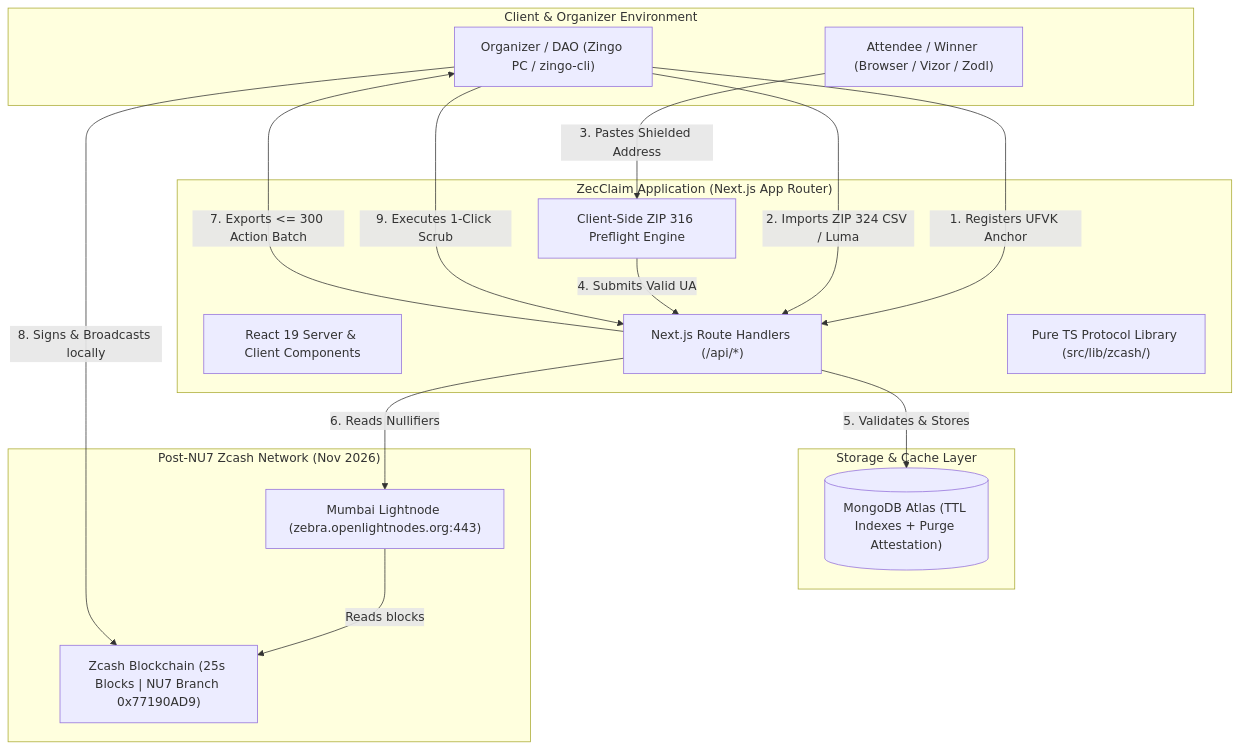
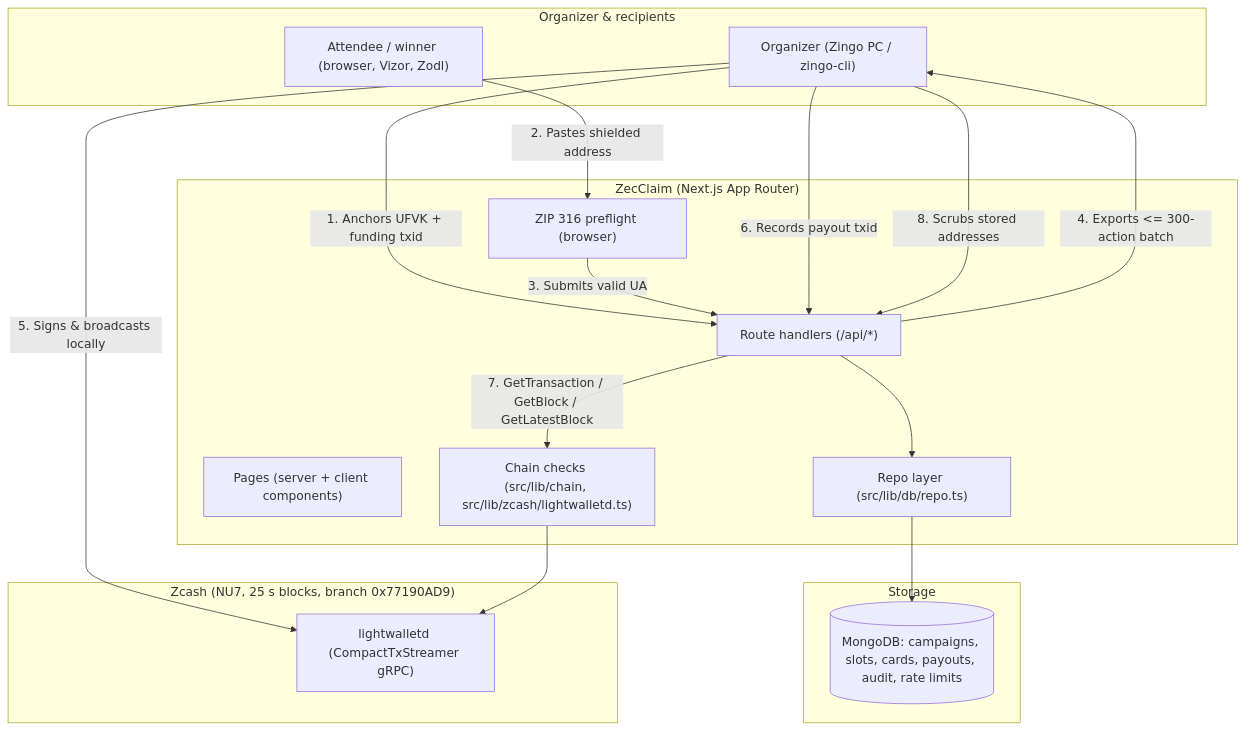
The first of 3 diagrams in docs/ARCHITECTURE.md (tushar598/ZecClaim), drawn with Mermaid before and after one commit. The commit also changed other lines of this file and 156 other files, not shown here.

````diff
--- a/docs/ARCHITECTURE.md
+++ b/docs/ARCHITECTURE.md
@@ -13,34 +13,33 @@
 ```mermaid
 flowchart TD
-    subgraph ClientLayer["Client & Organizer Environment"]
-        Org["Organizer / DAO (Zingo PC / zingo-cli)"]
-        Att["Attendee / Winner (Browser / Vizor / Zodl)"]
+    subgraph ClientLayer["Organizer & recipients"]
+        Org["Organizer (Zingo PC / zingo-cli)"]
+        Att["Attendee / winner (browser, Vizor, Zodl)"]
     end
 
-    subgraph AppLayer["ZecClaim Application (Next.js App Router)"]
-        UI["React 19 Server & Client Components"]
-        ZIPPreflight["Client-Side ZIP 316 Preflight Engine"]
-        APIRoutes["Next.js Route Handlers (/api/*)"]
-        CryptoCore["Pure TS Protocol Library (src/lib/zcash/)"]
+    subgraph AppLayer["ZecClaim (Next.js App Router)"]
+        UI["Pages (server + client components)"]
+        ZIPPreflight["ZIP 316 preflight (browser)"]
+        APIRoutes["Route handlers (/api/*)"]
+        Repo["Repo layer (src/lib/db/repo.ts)"]
+        Chain["Chain checks (src/lib/chain, src/lib/zcash/lightwalletd.ts)"]
     end
 
-    subgraph DataLayer["Storage & Cache Layer"]
-        Mongo[("MongoDB Atlas (TTL Indexes + Purge Attestation)")]
+    subgraph DataLayer["Storage"]
+        Mongo[("MongoDB: campaigns, slots, cards, payouts, audit, rate limits")]
     end
 
-    subgraph ZcashNetwork["Post-NU7 Zcash Network (Nov 2026)"]
-        Node["Mumbai Lightnode (zebra.openlightnodes.org:443)"]
-        Chain["Zcash Blockchain (25s Blocks | NU7 Branch 0x77190AD9)"]
+    subgraph ZcashNetwork["Zcash (NU7, 25 s blocks, branch 0x77190AD9)"]
+        Node["lightwalletd (CompactTxStreamer gRPC)"]
     end
 
-    Org -- "1. Registers UFVK Anchor" --> APIRoutes
-    Org -- "2. Imports ZIP 324 CSV / Luma" --> APIRoutes
-    Att -- "3. Pastes Shielded Address" --> ZIPPreflight
-    ZIPPreflight -- "4. Submits Valid UA" --> APIRoutes
-    APIRoutes -- "5. Validates & Stores" --> Mongo
-    APIRoutes -- "6. Reads Nullifiers" --> Node
-    Node -- "Reads blocks" --> Chain
-    APIRoutes -- "7. Exports <= 300 Action Batch" --> Org
-    Org -- "8. Signs & Broadcasts locally" --> Chain
-    Org -- "9. Executes 1-Click Scrub" --> APIRoutes
+    Org -- "1. Anchors UFVK + funding txid" --> APIRoutes
+    Att -- "2. Pastes shielded address" --> ZIPPreflight
+    ZIPPreflight -- "3. Submits valid UA" --> APIRoutes
+    APIRoutes --> Repo --> Mongo
+    APIRoutes -- "4. Exports <= 300-action batch" --> Org
+    Org -- "5. Signs & broadcasts locally" --> Node
+    Org -- "6. Records payout txid" --> APIRoutes
+    APIRoutes -- "7. GetTransaction / GetBlock / GetLatestBlock" --> Chain --> Node
+    Org -- "8. Scrubs stored addresses" --> APIRoutes
 ```
````
